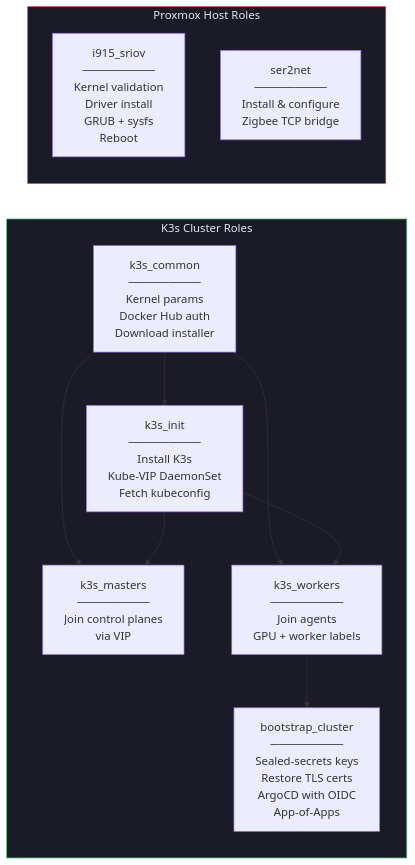
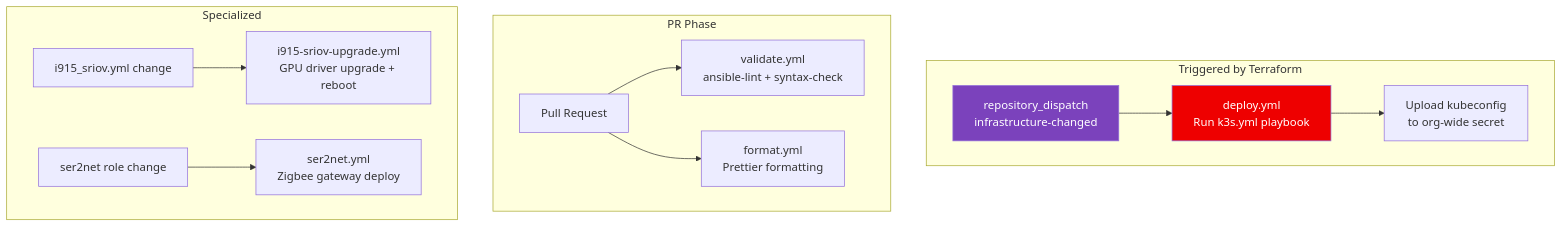
Before and after one commit to Starktastic-Homelab/ansible: the third of 4 diagrams in README.md, drawn with Mermaid. The commit also changed other lines of this file, not shown here.

Commit message:
docs: rewrite README with diagrams and pipeline documentation

````diff
--- a/README.md
+++ b/README.md
@@ -149,25 +219,20 @@
 ```mermaid
-flowchart LR
-    subgraph k3s["K3s Cluster Roles"]
-        Common["k3s_common\n─────────\nKernel params\nDocker Hub auth\nDownload installer"]
-        Init["k3s_init\n─────────\nInstall K3s\nKube-VIP DaemonSet\nFetch kubeconfig"]
-        Masters["k3s_masters\n─────────\nJoin control planes\nvia VIP"]
-        Workers["k3s_workers\n─────────\nJoin agents\nGPU + worker labels"]
-        Bootstrap["bootstrap_cluster\n─────────\nSealed-secrets keys\nRestore TLS certs\nArgoCD with OIDC\nApp-of-Apps"]
+flowchart TD
+    subgraph "Triggered by Terraform"
+        DISPATCH["repository_dispatch\ninfrastructure-changed"] --> DEPLOY["deploy.yml\nRun k3s.yml playbook"]
+        DEPLOY --> KUBECONFIG["Upload kubeconfig\nto org-wide secret"]
     end
 
-    subgraph host["Proxmox Host Roles"]
-        SRIOV["i915_sriov\n─────────\nKernel validation\nDriver install\nGRUB + sysfs\nReboot"]
-        Ser2net["ser2net\n─────────\nInstall & configure\nZigbee TCP bridge"]
+    subgraph "PR Phase"
+        PR[Pull Request] --> LINT["validate.yml\nansible-lint + syntax-check"]
+        PR --> FMT["format.yml\nPrettier formatting"]
     end
 
-    Common --> Init
-    Common --> Masters
-    Common --> Workers
-    Init --> Masters
-    Init --> Workers
-    Workers --> Bootstrap
+    subgraph "Specialized"
+        DRV_CHANGE["i915_sriov.yml change"] --> I915["i915-sriov-upgrade.yml\nGPU driver upgrade + reboot"]
+        SER_CHANGE["ser2net role change"] --> SER["ser2net.yml\nZigbee gateway deploy"]
+    end
 
-    style k3s fill:#1a1b27,stroke:#48bb78,color:#e2e8f0
-    style host fill:#1a1b27,stroke:#e53e3e,color:#e2e8f0
+    style DEPLOY fill:#EE0000,color:#fff
+    style DISPATCH fill:#7B42BC,color:#fff
 ```
````
